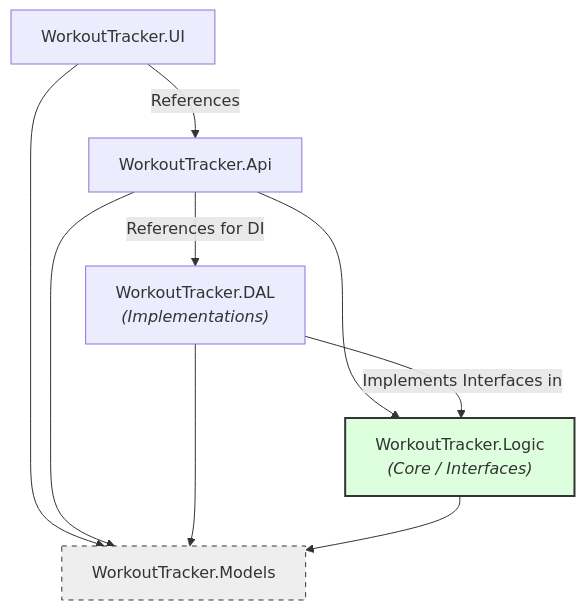
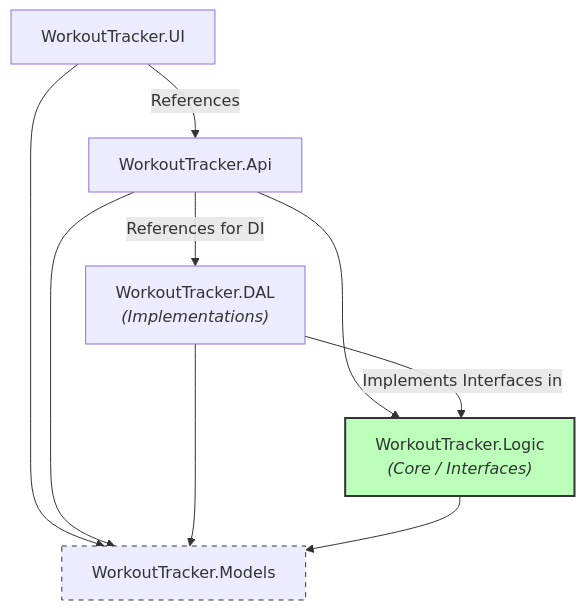
One commit to MrBunn448/RepVector changed the first of 3 diagrams in RepVector_Architecture.md. Above: the diagram before and after it, drawn with Mermaid. The commit also changed other lines of this file, not shown here.

````diff
--- a/RepVector_Architecture.md
+++ b/RepVector_Architecture.md
@@ -12,26 +12,26 @@
 ```mermaid
 graph TD
     %% Projects
     UI["WorkoutTracker.UI"]
     API["WorkoutTracker.Api"]
     Logic["WorkoutTracker.Logic<br/><i>(Core / Interfaces)</i>"]
     DAL["WorkoutTracker.DAL<br/><i>(Implementations)</i>"]
     Models["WorkoutTracker.Models"]
 
     %% Compile-time Dependencies
     UI --> Models
     UI -- "References" --> API
 
     API --> Models
     API --> Logic
     API -- "References for DI" --> DAL
 
     DAL --> Models
     DAL -- "Implements Interfaces in" --> Logic
 
     Logic --> Models
 
     %% Formatting
-    style Logic fill:#dfd,stroke:#333,stroke-width:2px
-    style Models fill:#eee,stroke:#333,stroke-dasharray: 5 5
+    style Logic fill:#bfb,stroke:#333,stroke-width:2px
+    style Models fill:#eer,stroke:#333,stroke-dasharray: 5 5
 ```
````
